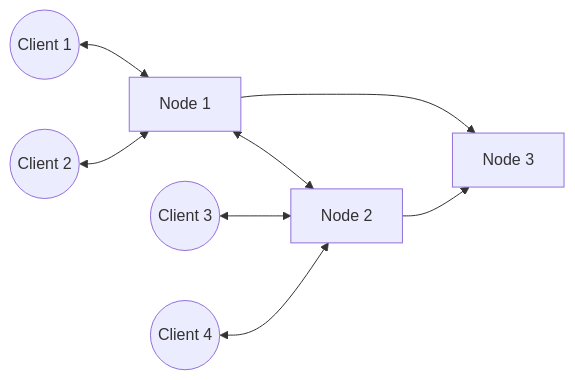
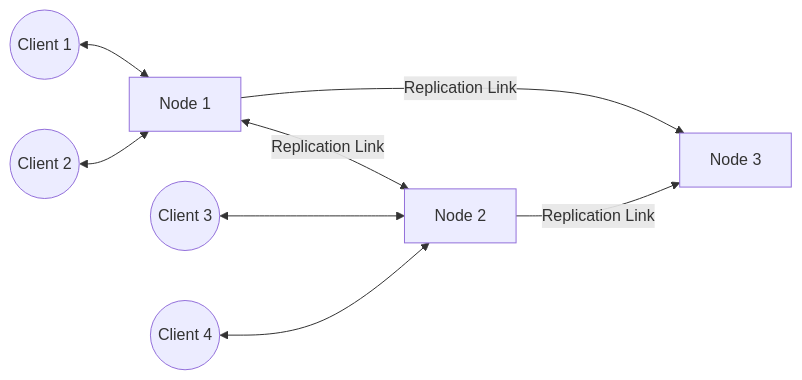
The diagram in README.md (niklas-enns/message-broker), drawn with Mermaid before and after one commit.

````diff
--- a/README.md
+++ b/README.md
@@ -11,11 +11,11 @@
 ```mermaid
 graph LR;
-    N1[Node 1]<-->N2[Node 2]
-    N1[Node 1]-->N3[Node 3]
-    N2-->N3
+    N1[Node 1]<-->|Replication Link|N2[Node 2]
+    N1[Node 1]-->|Replication Link|N3[Node 3]
+    N2-->|Replication Link|N3
     C1((Client 1))<-->N1;
     C2((Client 2))<-->N1;
     C3((Client 3))<-->N2;
     C4((Client 4))<-->N2;
     N3[Node 3]
 ```
````
